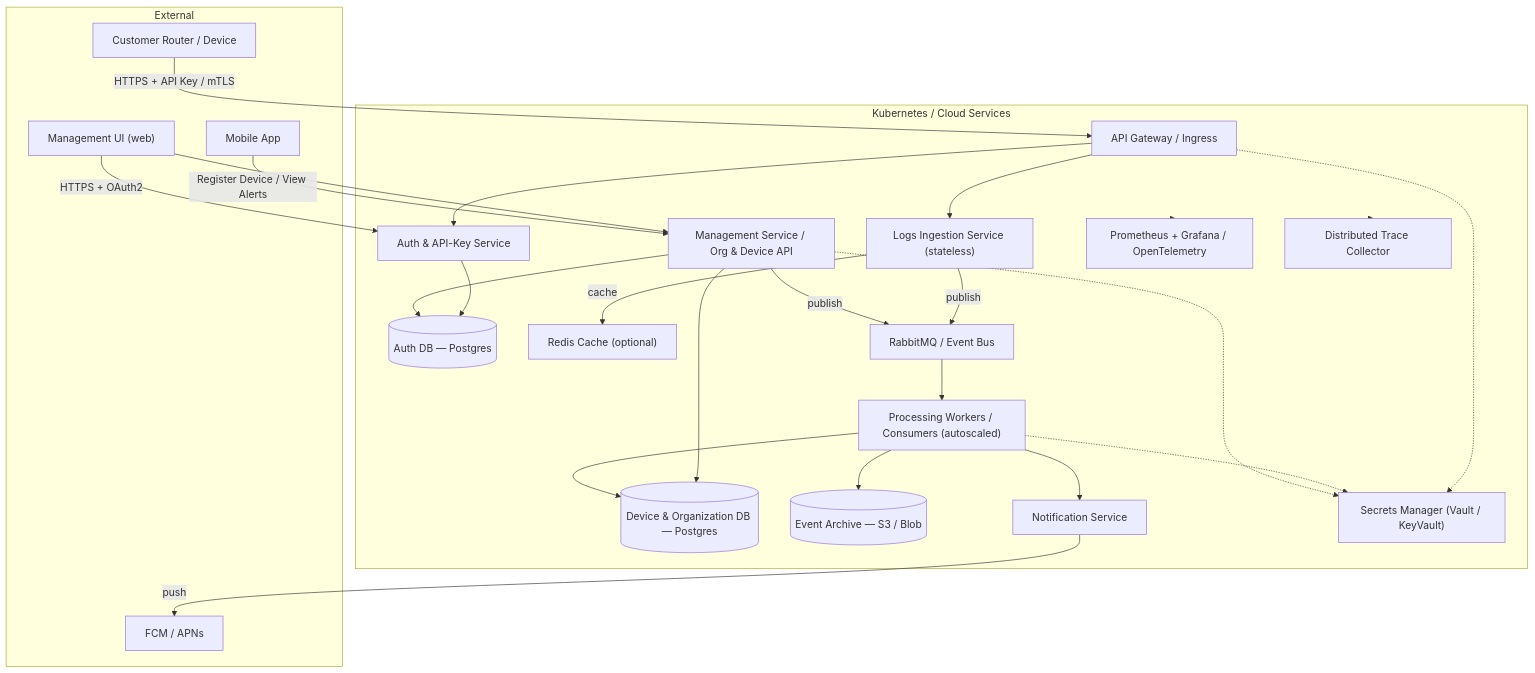
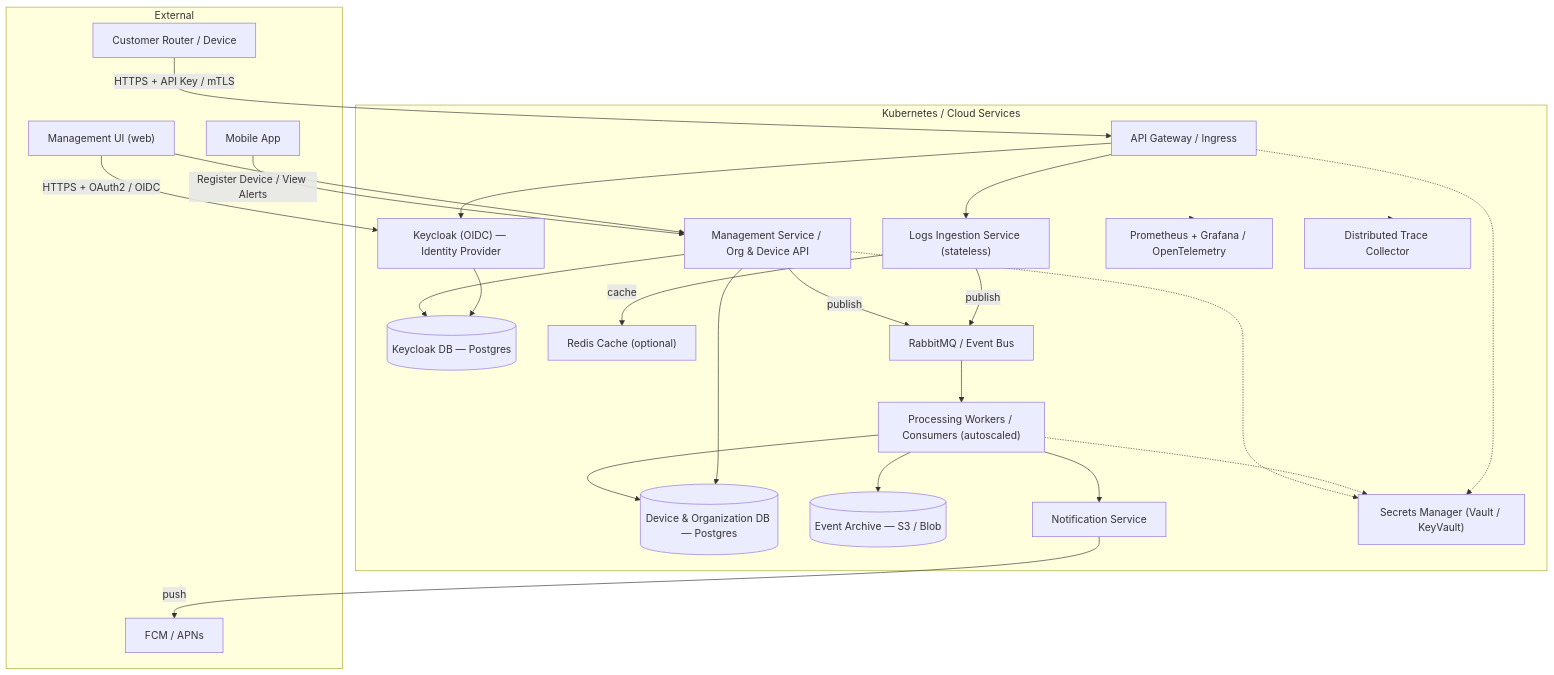
Before and after one commit to dzaba1/HomeSecurity: the diagram in UseCases.md, drawn with Mermaid. The commit also changed other lines of this file, not shown here.

Commit message:
Keycloak diagram

````diff
--- a/UseCases.md
+++ b/UseCases.md
@@ -24,49 +24,49 @@
 ```mermaid
 flowchart TB
   subgraph External
     Client[Customer Router / Device]
     Mobile[Mobile App]
     AdminUI["Management UI (web)"]
     PushGateway[FCM / APNs]
   end
 
   subgraph Cloud[Kubernetes / Cloud Services]
     API[API Gateway / Ingress]
-    Auth[Auth & API-Key Service]
-    AuthDB[(Auth DB — Postgres)]
+    Keycloak["Keycloak (OIDC) — Identity Provider"]
+    KeycloakDB[(Keycloak DB — Postgres)]
     Ingest["Logs Ingestion Service (stateless)"]
     Redis["Redis Cache (optional)"]
     Queue[RabbitMQ / Event Bus]
     Worker["Processing Workers / Consumers (autoscaled)"]
     DeviceDB[(Device & Organization DB — Postgres)]
     EventsStore[(Event Archive — S3 / Blob)]
     Notifier[Notification Service]
     Management[Management Service / Org & Device API]
     Observability[Prometheus + Grafana / OpenTelemetry]
     Tracing[Distributed Trace Collector]
     Secrets["Secrets Manager (Vault / KeyVault)"]
   end
 
   Client -->|HTTPS + API Key / mTLS| API
-  API --> Auth
-  Auth --> AuthDB
+  API --> Keycloak
+  Keycloak --> KeycloakDB
   API --> Ingest
-  AdminUI -->|HTTPS + OAuth2| Auth
+  AdminUI -->|HTTPS + OAuth2 / OIDC| Keycloak
   AdminUI --> Management
-  Management --> AuthDB
+  Management --> KeycloakDB
   Mobile -->|Register Device / View Alerts| Management
   Management --> DeviceDB
   Ingest -->|cache| Redis
   Ingest -->|publish| Queue
   Queue --> Worker
   Worker --> DeviceDB
   Worker --> EventsStore
   Worker --> Notifier
   Notifier -->|push| PushGateway
   Management -->|publish| Queue
   Cloud --> Observability
   Cloud --> Tracing
   API -.-> Secrets
   Worker -.-> Secrets
   Management -.-> Secrets
 ```
````
